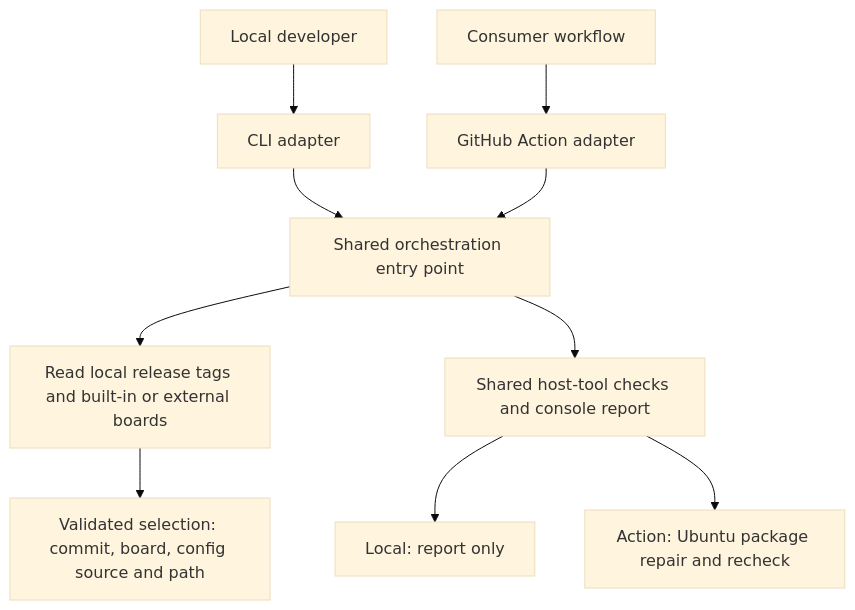
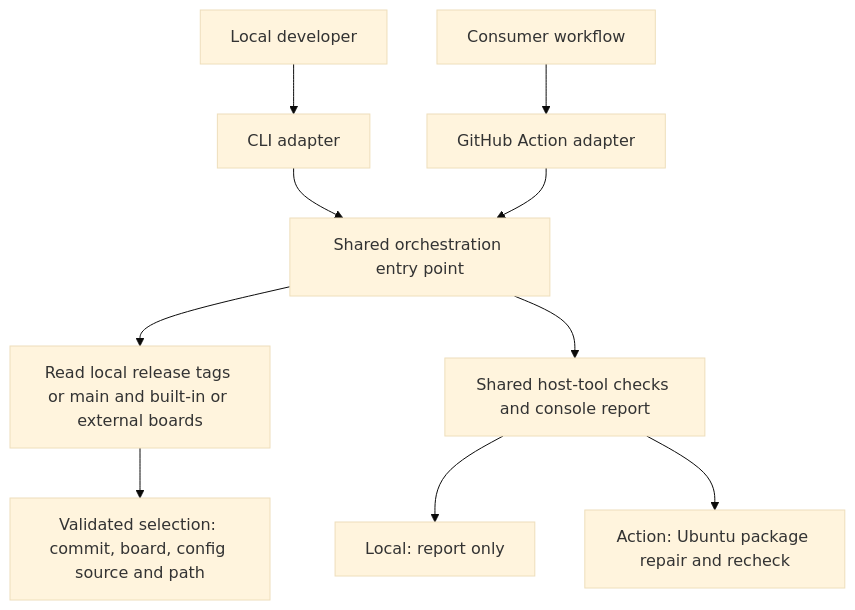
The first of 2 diagrams in docs/architecture.md (becauseimclever/GPBuilder), drawn with Mermaid (base theme) before and after one commit. The commit also changed other lines of this file and 23 other files, not shown here.

````diff
--- a/docs/architecture.md
+++ b/docs/architecture.md
@@ -31,12 +31,12 @@
 ```mermaid
 flowchart TD
     Local[Local developer] --> CLI[CLI adapter]
     Workflow[Consumer workflow] --> Action[GitHub Action adapter]
     CLI --> Core[Shared orchestration entry point]
     Action --> Core
-    Core --> Selection[Read local release tags and built-in or external boards]
+    Core --> Selection[Read local release tags or main and built-in or external boards]
     Selection --> Selected[Validated selection: commit, board, config source and path]
     Core --> Prerequisites[Shared host-tool checks and console report]
     Prerequisites --> LocalReport[Local: report only]
     Prerequisites --> Repair[Action: Ubuntu package repair and recheck]
 ```
````
